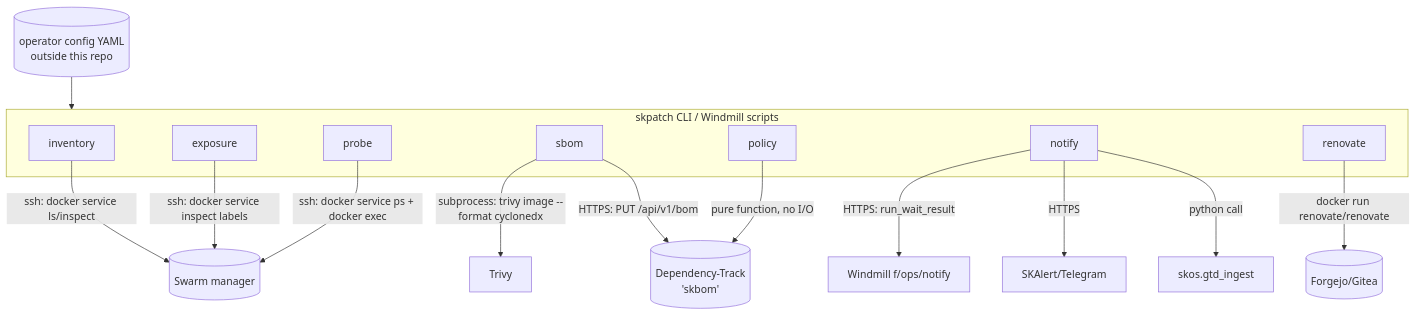
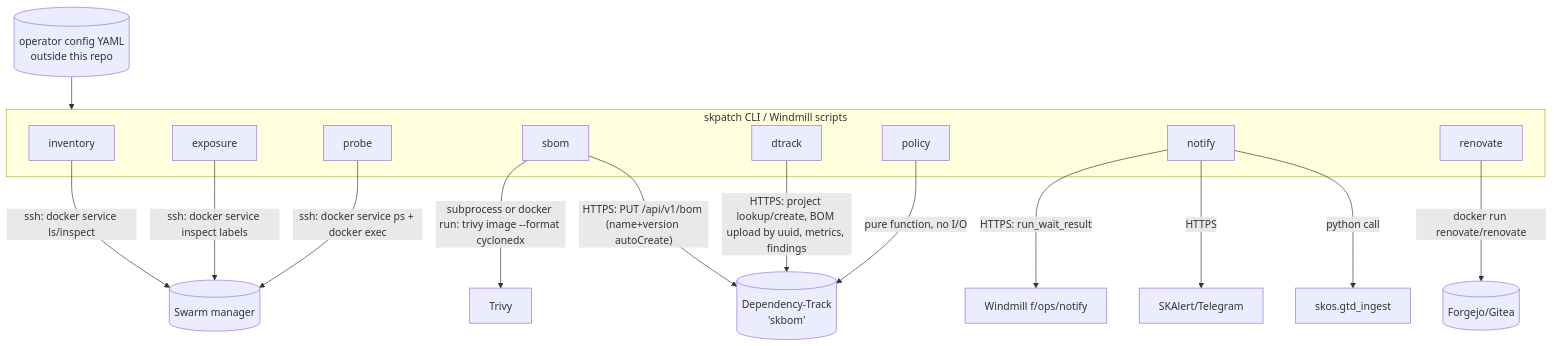
The first of 4 diagrams in SOP.md (smilinTux/skpatch), drawn with Mermaid before and after one commit. The commit also changed other lines of this file and 20 other files, not shown here.

First line of the commit message:
feat(sbom): Trivy SBOM to Dependency-Track daily flow (skpatch phase 4) (#1)

````diff
--- a/SOP.md
+++ b/SOP.md
@@ -53,24 +53,26 @@
 ```mermaid
 flowchart TD
     subgraph cli[skpatch CLI / Windmill scripts]
         INV[inventory]
         EXP[exposure]
         PROBE[probe]
         SBOM[sbom]
+        DTRACK[dtrack]
         POL[policy]
         NOT[notify]
         REN[renovate]
     end
 
     CFG[("operator config YAML<br/>outside this repo")] --> cli
     INV -->|"ssh: docker service ls/inspect"| MGR[(Swarm manager)]
     EXP -->|"ssh: docker service inspect labels"| MGR
     PROBE -->|"ssh: docker service ps + docker exec"| MGR
-    SBOM -->|"subprocess: trivy image --format cyclonedx"| TRIVY[Trivy]
-    SBOM -->|"HTTPS: PUT /api/v1/bom"| DT[(Dependency-Track<br/>'skbom')]
+    SBOM -->|"subprocess or docker run: trivy image --format cyclonedx"| TRIVY[Trivy]
+    SBOM -->|"HTTPS: PUT /api/v1/bom (name+version autoCreate)"| DT[(Dependency-Track<br/>'skbom')]
+    DTRACK -->|"HTTPS: project lookup/create, BOM upload by uuid, metrics, findings"| DT
     POL -->|"pure function, no I/O"| DT
     NOT -->|"HTTPS: run_wait_result"| WM[Windmill f/ops/notify]
     NOT -->|"HTTPS"| SKALERT[SKAlert/Telegram]
     NOT -->|"python call"| GTD[skos.gtd_ingest]
     REN -->|"docker run renovate/renovate"| FORGEJO[(Forgejo/Gitea)]
 ```
````
